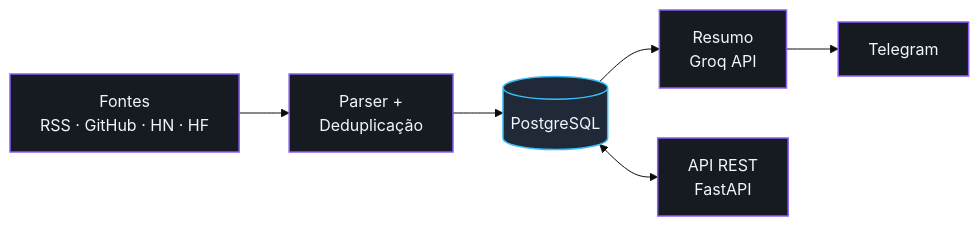
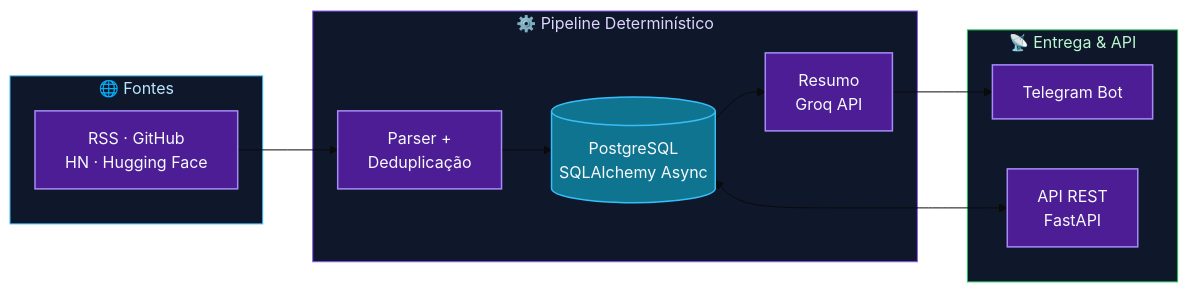
Before and after one commit to rafaelmaia-dev/rafaelmaia-dev: the first of 3 diagrams in README.md, drawn with Mermaid (base theme). The commit also changed other lines of this file, not shown here.

````diff
--- a/README.md
+++ b/README.md
@@ -28,13 +78,27 @@
 ```mermaid
 flowchart LR
-    A["Fontes<br/>RSS · GitHub · HN · HF"] --> B["Parser +<br/>Deduplicação"]
-    B --> C[("PostgreSQL")]
-    C --> D["Resumo<br/>Groq API"]
-    D --> E["Telegram"]
-    C <--> F["API REST<br/>FastAPI"]
+    subgraph IN["🌐 Fontes"]
+        A["RSS · GitHub<br/>HN · Hugging Face"]
+    end
+    subgraph PIPE["⚙️ Pipeline Determinístico"]
+        B["Parser +<br/>Deduplicação"]
+        C[("PostgreSQL<br/>SQLAlchemy Async")]
+        D["Resumo<br/>Groq API"]
+    end
+    subgraph OUT["📡 Entrega & API"]
+        E["Telegram Bot"]
+        F["API REST<br/>FastAPI"]
+    end
 
-    classDef dark fill:#161B22,stroke:#8B5CF6,color:#F0F6FC,stroke-width:1.5px
-    classDef db fill:#1F2937,stroke:#38BDF8,color:#F0F6FC,stroke-width:1.5px
-    class A,B,D,E,F dark
-    class C db
+    A --> B --> C
+    C --> D --> E
+    C <--> F
+
+    classDef neon fill:#4C1D95,stroke:#A78BFA,color:#F8FAFC,stroke-width:1.5px
+    classDef cyan fill:#0E7490,stroke:#38BDF8,color:#F8FAFC,stroke-width:1.5px
+    class A,B,D,E,F neon
+    class C cyan
+    style IN fill:#0F172A,stroke:#38BDF8,color:#BAE6FD
+    style PIPE fill:#0F172A,stroke:#8B5CF6,color:#DDD6FE
+    style OUT fill:#0F172A,stroke:#22C55E,color:#BBF7D0
 ```
````
